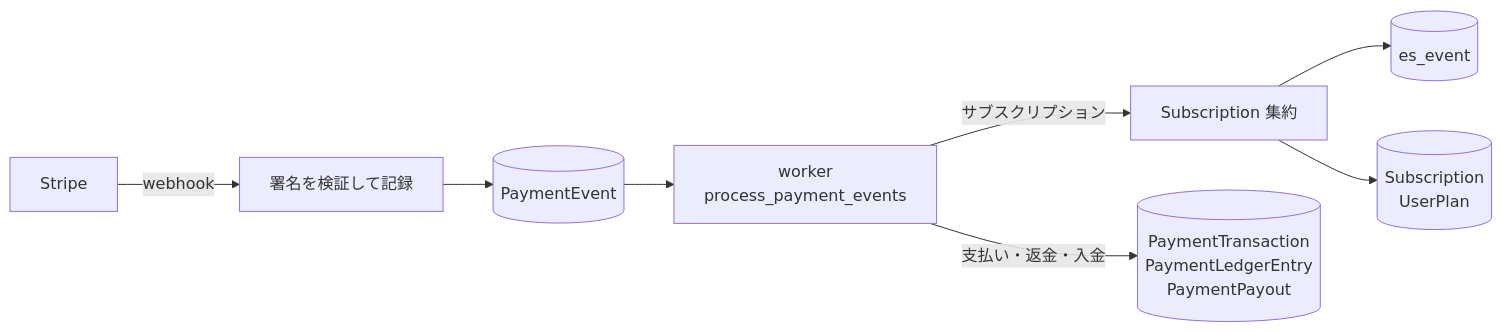
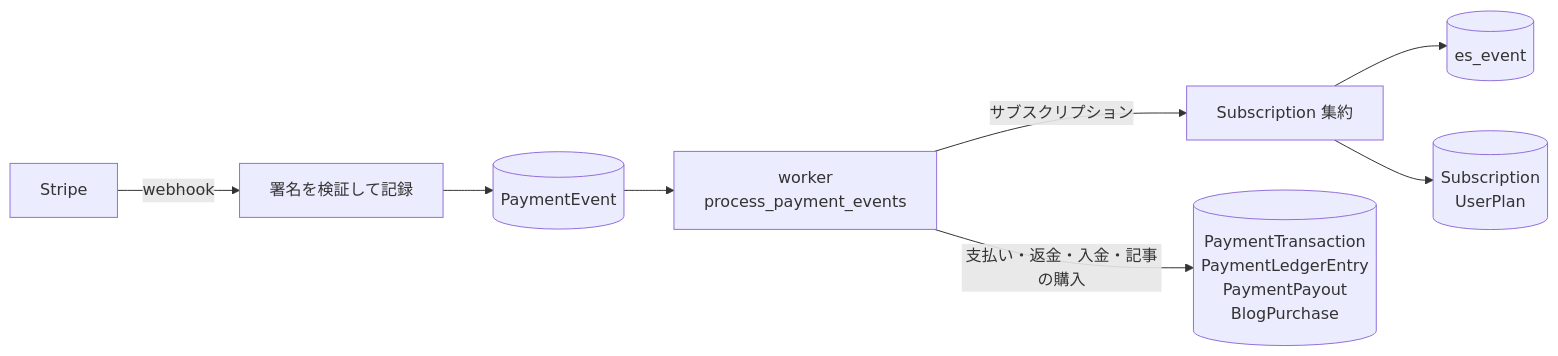
The second of 2 diagrams in docs/architecture.md (ANFINII/MyUs), drawn with Mermaid before and after one commit. The commit also changed other lines of this file and 9 other files, not shown here.

````diff
--- a/docs/architecture.md
+++ b/docs/architecture.md
@@ -133,9 +133,9 @@
 ```mermaid
 flowchart LR
     Stripe[Stripe] -->|webhook| Webhook[署名を検証して記録]
     Webhook --> PE[(PaymentEvent)]
     PE --> Worker[worker<br/>process_payment_events]
     Worker -->|サブスクリプション| Agg[Subscription 集約] --> ES[(es_event)]
     Agg --> Sub[(Subscription<br/>UserPlan)]
-    Worker -->|支払い・返金・入金| Pay[(PaymentTransaction<br/>PaymentLedgerEntry<br/>PaymentPayout)]
+    Worker -->|支払い・返金・入金・記事の購入| Pay[(PaymentTransaction<br/>PaymentLedgerEntry<br/>PaymentPayout<br/>BlogPurchase)]
 ```
````
